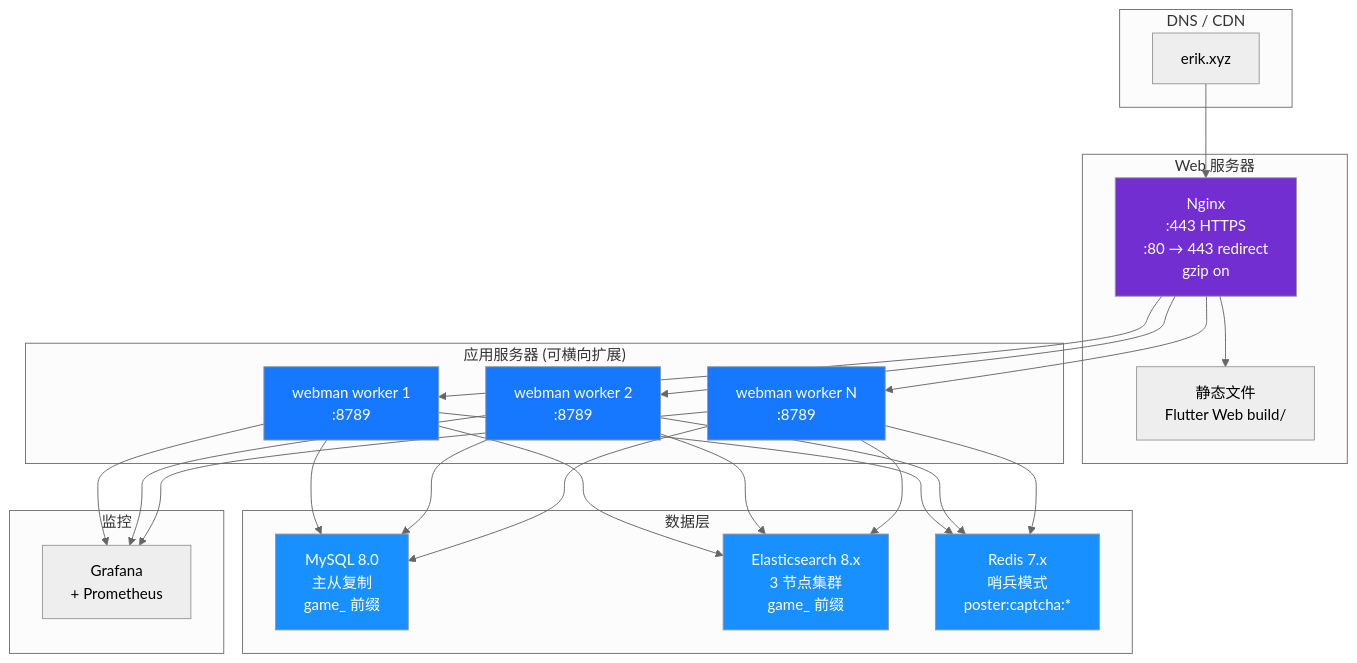
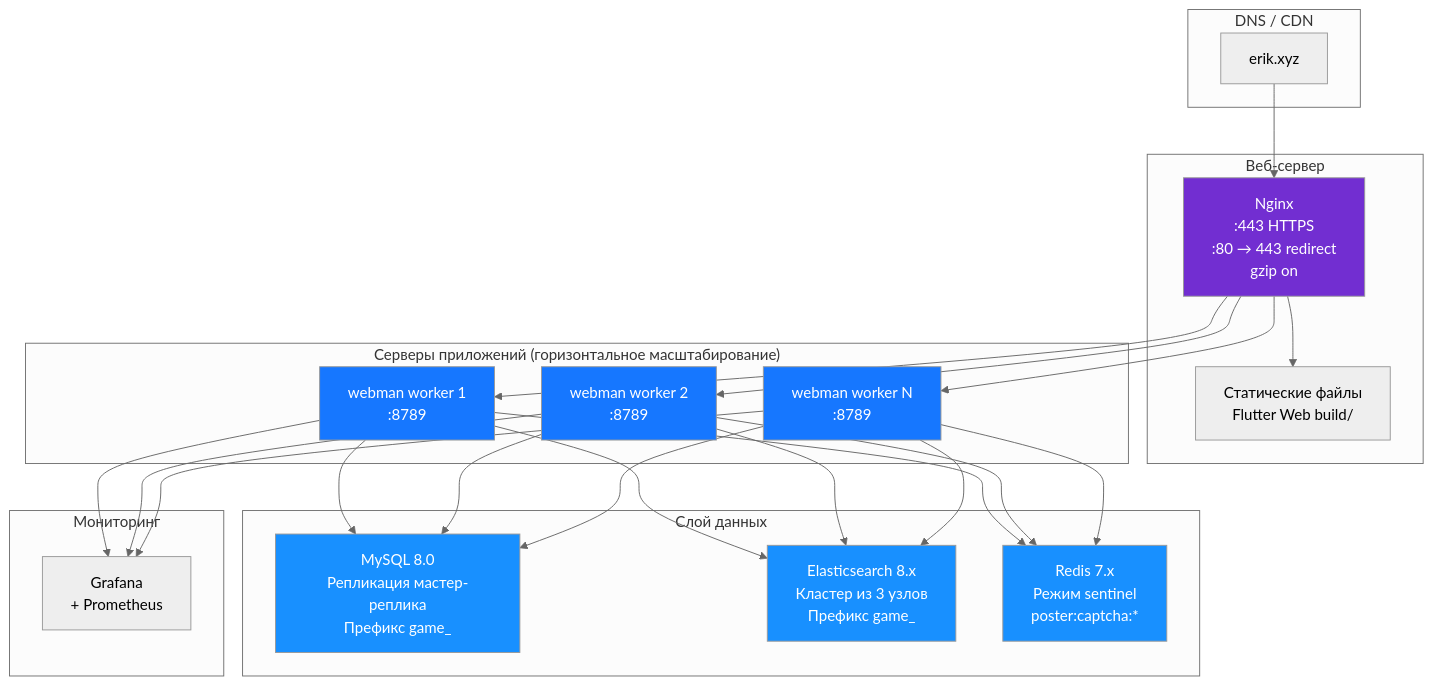
One commit to erikwang2013/game-platform-php changed diagram 14 of 14 in admin/docs/ARCHITECTURE.ru.md. Above: the diagram before and after it, drawn with Mermaid (neutral theme). The commit also changed other lines of this file and 211 other files, not shown here.

First line of the commit message:
fix: 支付配置读回类型根治、提现事件对账巡检，12 语族 mermaid 与 API 标签本地化

````diff
--- a/admin/docs/ARCHITECTURE.ru.md
+++ b/admin/docs/ARCHITECTURE.ru.md
@@ -647,43 +647,43 @@
 ```mermaid
 flowchart TB
     subgraph "DNS / CDN"
         DNS["erik.xyz"]
     end
 
-    subgraph "Web 服务器"
+    subgraph "Веб-сервер"
         NGX["Nginx<br/>:443 HTTPS<br/>:80 → 443 redirect<br/>gzip on"]
-        STA["静态文件<br/>Flutter Web build/"]
+        STA["Статические файлы<br/>Flutter Web build/"]
     end
 
-    subgraph "应用服务器 (可横向扩展)"
+    subgraph "Серверы приложений (горизонтальное масштабирование)"
         WM1["webman worker 1<br/>:8789"]
         WM2["webman worker 2<br/>:8789"]
         WM3["webman worker N<br/>:8789"]
     end
 
-    subgraph "数据层"
-        MYSQL["MySQL 8.0<br/>主从复制<br/>game_ 前缀"]
-        ES["Elasticsearch 8.x<br/>3 节点集群<br/>game_ 前缀"]
-        REDIS["Redis 7.x<br/>哨兵模式<br/>poster:captcha:*"]
+    subgraph "Слой данных"
+        MYSQL["MySQL 8.0<br/>Репликация мастер-реплика<br/>Префикс game_"]
+        ES["Elasticsearch 8.x<br/>Кластер из 3 узлов<br/>Префикс game_"]
+        REDIS["Redis 7.x<br/>Режим sentinel<br/>poster:captcha:*"]
     end
 
-    subgraph "监控"
+    subgraph "Мониторинг"
         MON["Grafana<br/>+ Prometheus"]
     end
 
     DNS --> NGX
     NGX --> STA
     NGX --> WM1 & WM2 & WM3
     WM1 & WM2 & WM3 --> MYSQL
     WM1 & WM2 & WM3 --> ES
     WM1 & WM2 & WM3 --> REDIS
     WM1 & WM2 & WM3 --> MON
 
     style NGX fill:#722ED1,color:#fff
     style WM1 fill:#1677FF,color:#fff
     style WM2 fill:#1677FF,color:#fff
     style WM3 fill:#1677FF,color:#fff
     style MYSQL fill:#1890FF,color:#fff
     style ES fill:#1890FF,color:#fff
     style REDIS fill:#1890FF,color:#fff
 ```
````
